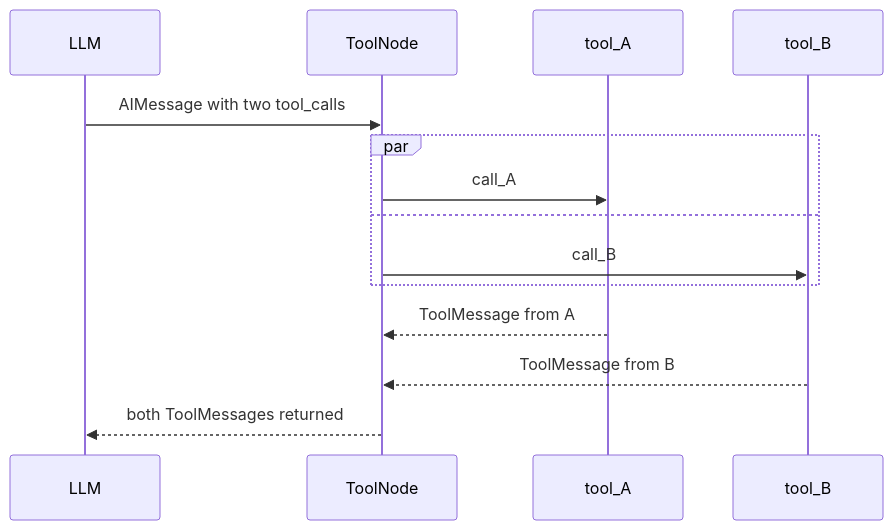
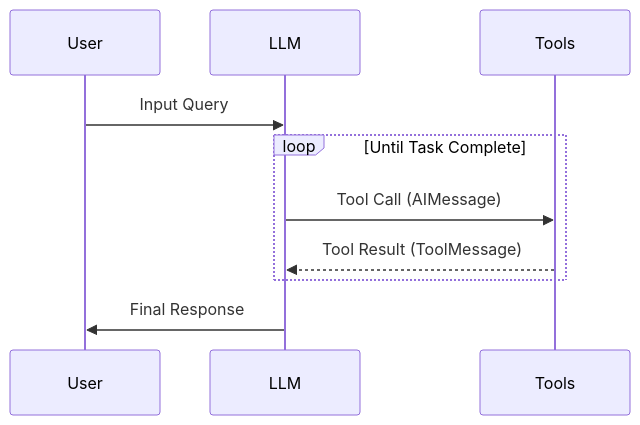
One commit to luongnv89/deep-agents-from-scratch-ollama changed the second of 3 diagrams in notebooks/0_create_agent_summary.md. Above: the diagram before and after it, drawn with Mermaid. The commit also changed other lines of this file and 3 other files, not shown here.

````diff
--- a/notebooks/0_create_agent_summary.md
+++ b/notebooks/0_create_agent_summary.md
@@ -78,16 +29,13 @@
 ```mermaid
 sequenceDiagram
-  participant L as LLM
-  participant T as ToolNode
-  participant A as tool_A
-  participant B as tool_B
-    L->>T: AIMessage with two tool_calls
-    par
-        T->>A: call_A
-    and
-        T->>B: call_B
+    participant User
+    participant LLM
+    participant Tools
+    
+    User->>LLM: Input Query
+    loop Until Task Complete
+        LLM->>Tools: Tool Call (AIMessage)
+        Tools-->>LLM: Tool Result (ToolMessage)
     end
-    A-->>T: ToolMessage from A
-    B-->>T: ToolMessage from B
-    T-->>L: both ToolMessages returned
+    LLM->>User: Final Response
 ```
````
